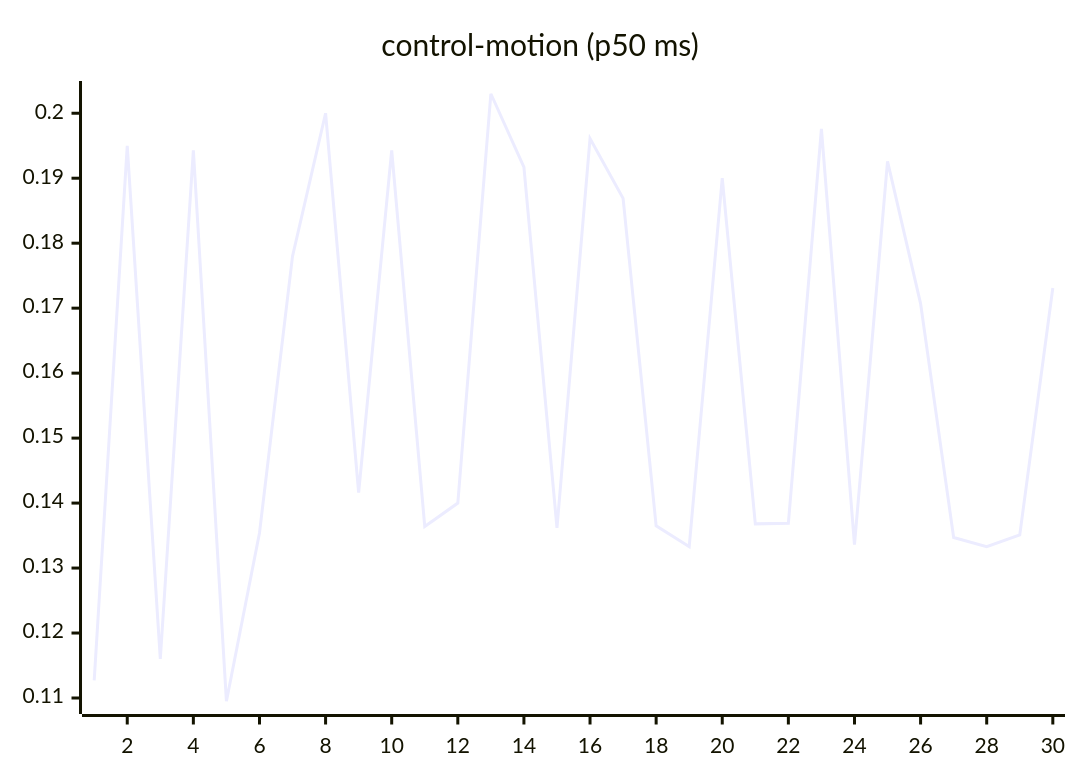
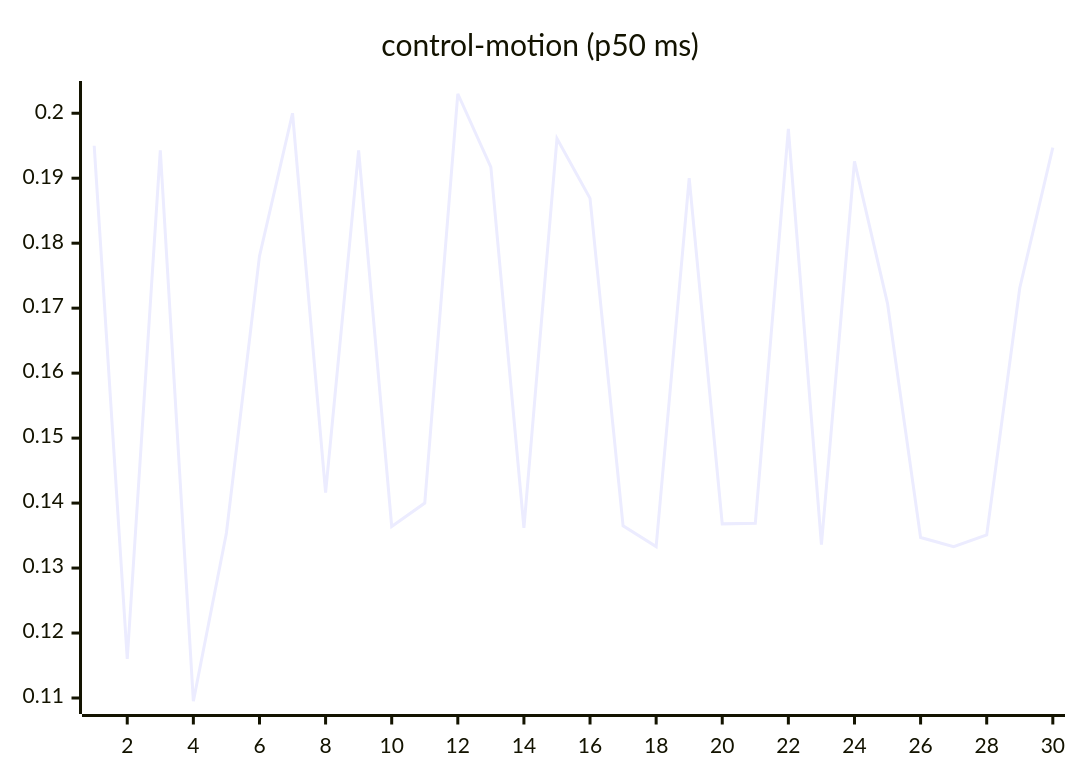
The seventh of 27 diagrams in README.md (josha/Facet), drawn with Mermaid before and after one commit. The commit also changed other lines of this file and 2 other files, not shown here.

````diff
--- a/README.md
+++ b/README.md
@@ -105,6 +105,6 @@
 ```mermaid
 xychart-beta
     title "control-motion (p50 ms)"
     x-axis 1 --> 30
-    line [0.1127, 0.1950, 0.1160, 0.1943, 0.1095, 0.1354, 0.1780, 0.2000, 0.1416, 0.1943, 0.1364, 0.1400, 0.2030, 0.1917, 0.1362, 0.1961, 0.1869, 0.1365, 0.1333, 0.1900, 0.1368, 0.1369, 0.1976, 0.1336, 0.1926, 0.1707, 0.1347, 0.1333, 0.1351, 0.1731]
+    line [0.1950, 0.1160, 0.1943, 0.1095, 0.1354, 0.1780, 0.2000, 0.1416, 0.1943, 0.1364, 0.1400, 0.2030, 0.1917, 0.1362, 0.1961, 0.1869, 0.1365, 0.1333, 0.1900, 0.1368, 0.1369, 0.1976, 0.1336, 0.1926, 0.1707, 0.1347, 0.1333, 0.1351, 0.1731, 0.1947]
 ```
````
